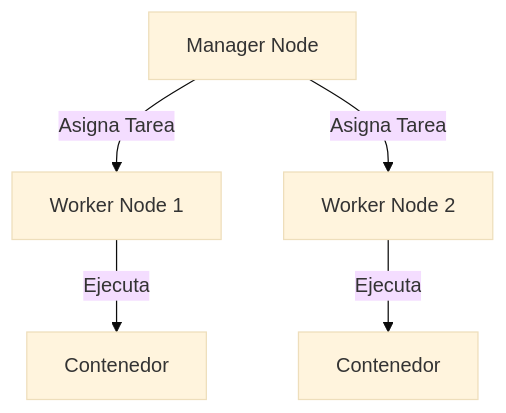
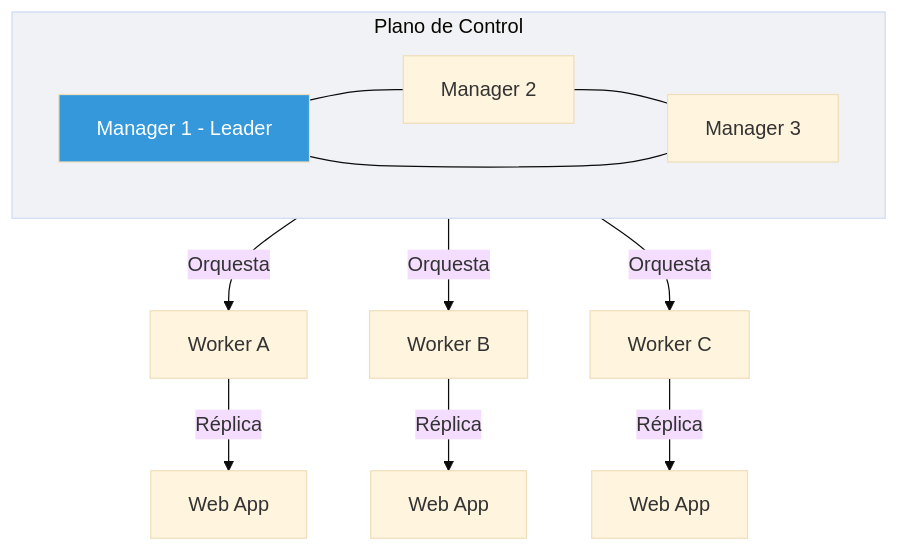
The diagram in modulos/modulo_6/tema_1_subtema_1_contenido.md (andres-olarte396/teach-laoz-curso-docker-containers-experto), drawn with Mermaid (base theme) before and after one commit. The commit also changed other lines of this file and 2 other files, not shown here.

Commit message:
content: Update Módulo 6 - Orquestación (Docker Swarm y K8s Intro)

````diff
--- a/modulos/modulo_6/tema_1_subtema_1_contenido.md
+++ b/modulos/modulo_6/tema_1_subtema_1_contenido.md
@@ -81,7 +83,20 @@
 ```mermaid
 graph TB
-    Mgr[Manager Node] -->|Asigna Tarea| W1[Worker Node 1]
-    Mgr -->|Asigna Tarea| W2[Worker Node 2]
-    W1 -->|Ejecuta| C1[Contenedor]
-    W2 -->|Ejecuta| C2[Contenedor]
+    subgraph ControlPlane[Plano de Control]
+        Mgr1[Manager 1 - Leader]
+        Mgr2[Manager 2]
+        Mgr3[Manager 3]
+        Mgr1 --- Mgr2 --- Mgr3 --- Mgr1
+    end
+
+    ControlPlane -->|Orquesta| W1[Worker A]
+    ControlPlane -->|Orquesta| W2[Worker B]
+    ControlPlane -->|Orquesta| W3[Worker C]
+
+    W1 -->|Réplica| C1[Web App]
+    W2 -->|Réplica| C2[Web App]
+    W3 -->|Réplica| C3[Web App]
+
+    style Mgr1 fill:#3498db,color:white
+    style ControlPlane fill:#f1f2f6
 ```
````
